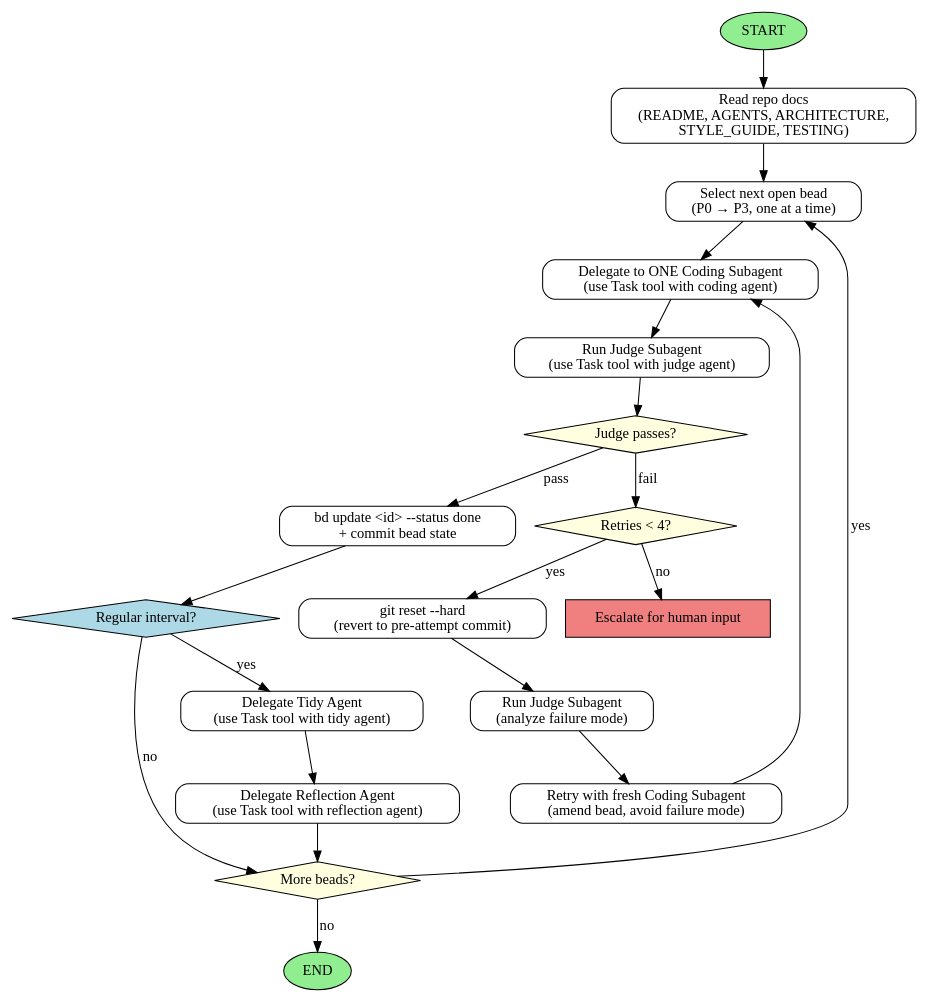
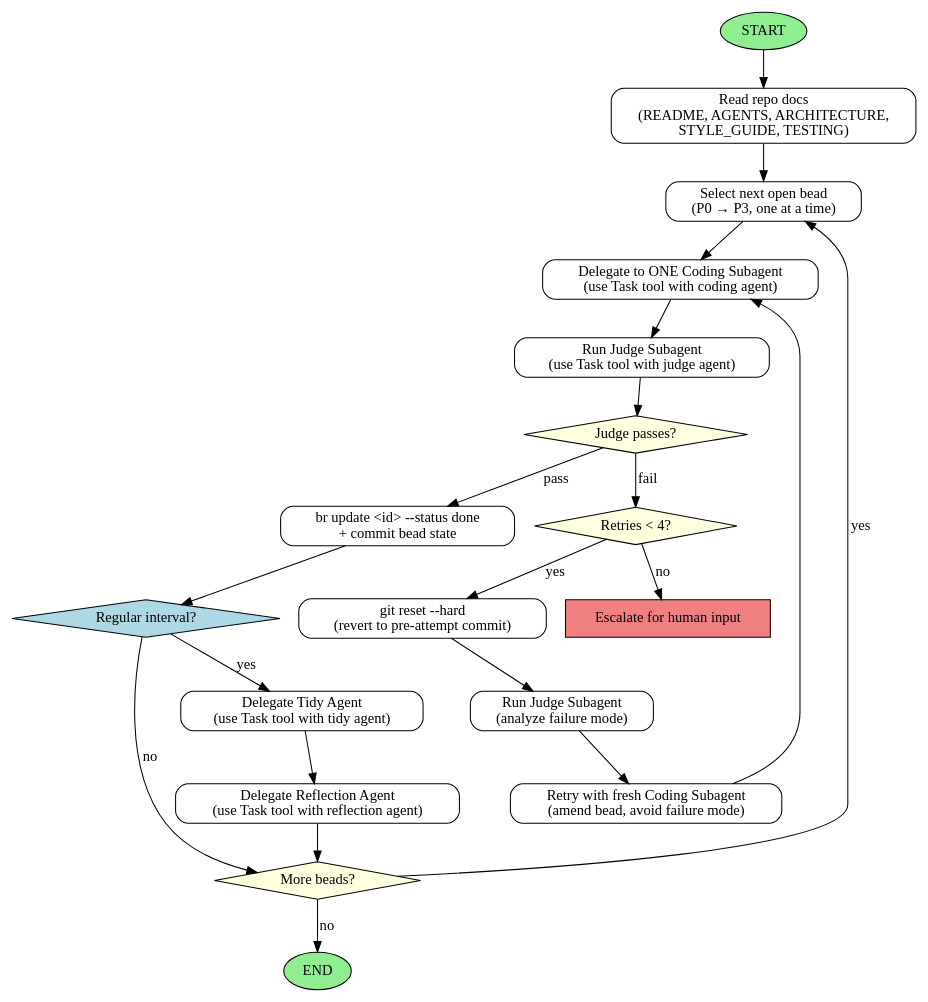
One commit to imbue-ai/offload changed the diagram in .claude/agents/coordinator.md. Above: the diagram before and after it, drawn with Graphviz. The commit also changed other lines of this file and 2 other files, not shown here.

````diff
--- a/.claude/agents/coordinator.md
+++ b/.claude/agents/coordinator.md
@@ -79,39 +79,39 @@
 ```dot
 digraph CoordinatorWorkflow {
   rankdir=TB;
   node [shape=box, style=rounded];
 
   START [shape=ellipse, style=filled, fillcolor=lightgreen];
   READ_DOCS [label="Read repo docs\n(README, AGENTS, ARCHITECTURE,\nSTYLE_GUIDE, TESTING)"];
   PICK_BEAD [label="Select next open bead\n(P0 → P3, one at a time)"];
   DELEGATE [label="Delegate to ONE Coding Subagent\n(use Task tool with coding agent)"];
   JUDGE [label="Run Judge Subagent\n(use Task tool with judge agent)"];
   JUDGE_RESULT [shape=diamond, style=filled, fillcolor=lightyellow, label="Judge passes?"];
-  MARK_DONE [label="bd update <id> --status done\n+ commit bead state"];
+  MARK_DONE [label="br update <id> --status done\n+ commit bead state"];
   MORE [shape=diamond, style=filled, fillcolor=lightyellow, label="More beads?"];
   END [shape=ellipse, style=filled, fillcolor=lightgreen];
 
   RETRIES [shape=diamond, style=filled, fillcolor=lightyellow, label="Retries < 4?"];
   RESET [label="git reset --hard\n(revert to pre-attempt commit)"];
   JUDGE_FAILURE [label="Run Judge Subagent\n(analyze failure mode)"];
   REPROMPT [label="Retry with fresh Coding Subagent\n(amend bead, avoid failure mode)"];
   ESCALATE [shape=box, style=filled, fillcolor=lightcoral, label="Escalate for human input"];
 
   INTERVAL_CHECK [shape=diamond, style=filled, fillcolor=lightblue, label="Regular interval?"];
   TIDY [label="Delegate Tidy Agent\n(use Task tool with tidy agent)"];
   REFLECTION [label="Delegate Reflection Agent\n(use Task tool with reflection agent)"];
 
   START -> READ_DOCS -> PICK_BEAD -> DELEGATE -> JUDGE -> JUDGE_RESULT;
   JUDGE_RESULT -> MARK_DONE [label="pass"];
   JUDGE_RESULT -> RETRIES [label="fail"];
   RETRIES -> RESET [label="yes"];
   RESET -> JUDGE_FAILURE -> REPROMPT -> DELEGATE;
   RETRIES -> ESCALATE [label="no"];
   MARK_DONE -> INTERVAL_CHECK;
   INTERVAL_CHECK -> TIDY [label="yes"];
   TIDY -> REFLECTION -> MORE;
   INTERVAL_CHECK -> MORE [label="no"];
   MORE -> PICK_BEAD [label="yes"];
   MORE -> END [label="no"];
 }
 ```
````
